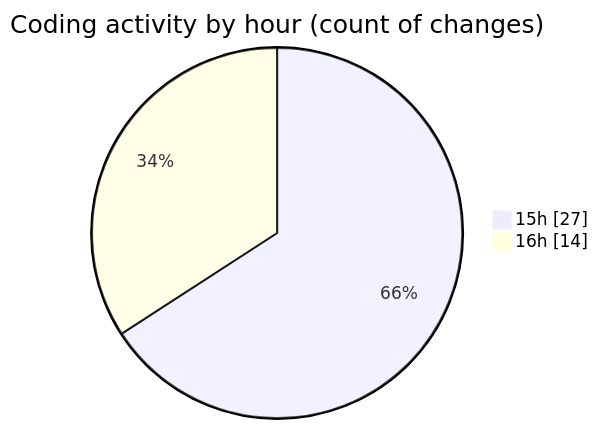
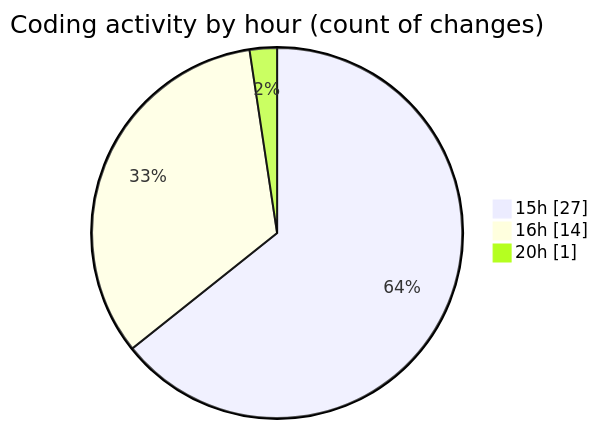
One commit to idhammustaqopulfikri/code-tracking changed the second of 2 diagrams in 2025-06-06/sewa-mobil/README.md. Above: the diagram before and after it, drawn with Mermaid. The commit also changed other lines of this file and 1 other file, not shown here.

````diff
--- a/2025-06-06/sewa-mobil/README.md
+++ b/2025-06-06/sewa-mobil/README.md
@@ -42,6 +42,7 @@
 ```mermaid
 pie showData
 title Coding activity by hour (count of changes)
 "15h" : 27
 "16h" : 14
+"20h" : 1
 ```
````
